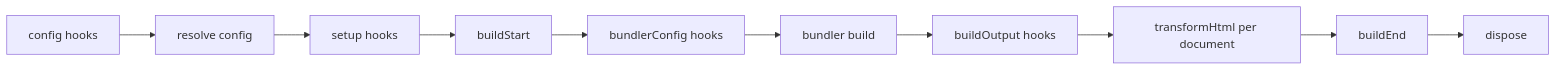
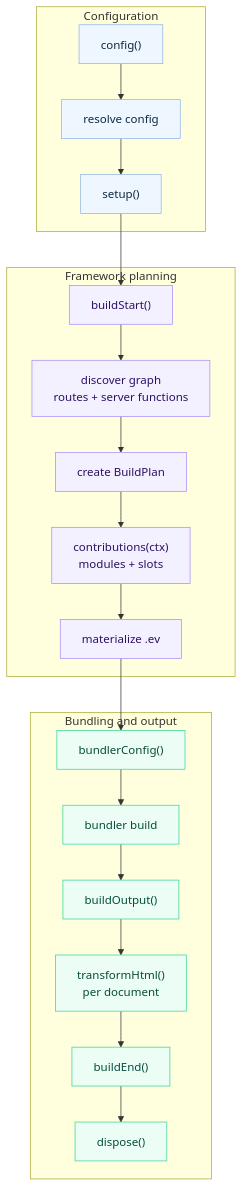
One commit to binhanchen25-arch/evjs changed the diagram in docs/docs/plugins.md. Above: the diagram before and after it, drawn with Mermaid. The commit also changed 9 other files, not shown here.

Commit message:
docs(ev): improve architecture diagrams

````diff
--- a/docs/docs/plugins.md
+++ b/docs/docs/plugins.md
@@ -118,12 +118,36 @@
 ```mermaid
-flowchart LR
-  A["config hooks"] --> B["resolve config"]
-  B --> C["setup hooks"]
-  C --> E["buildStart"]
-  E --> J["bundlerConfig hooks"]
-  J --> K["bundler build"]
-  K --> M["buildOutput hooks"]
-  M --> N["transformHtml per document"]
-  N --> O["buildEnd"]
-  O --> P["dispose"]
+flowchart TB
+  subgraph Configure["Configuration"]
+    Config["config()"]
+    Resolve["resolve config"]
+    Setup["setup()"]
+  end
+
+  subgraph Plan["Framework planning"]
+    BuildStart["buildStart()"]
+    Graph["discover graph\nroutes + server functions"]
+    BuildPlan["create BuildPlan"]
+    Contributions["contributions(ctx)\nmodules + slots"]
+    IR["materialize .ev"]
+  end
+
+  subgraph Build["Bundling and output"]
+    BundlerConfig["bundlerConfig()"]
+    Bundler["bundler build"]
+    BuildOutput["buildOutput()"]
+    HTML["transformHtml()\nper document"]
+    BuildEnd["buildEnd()"]
+    Dispose["dispose()"]
+  end
+
+  Config --> Resolve --> Setup --> BuildStart --> Graph --> BuildPlan
+  BuildPlan --> Contributions --> IR --> BundlerConfig --> Bundler
+  Bundler --> BuildOutput --> HTML --> BuildEnd --> Dispose
+
+  classDef config fill:#eef6ff,stroke:#8fb5e8,color:#102a43;
+  classDef plan fill:#f3f0ff,stroke:#a78bfa,color:#2e1065;
+  classDef build fill:#ecfdf5,stroke:#34d399,color:#064e3b;
+  class Config,Resolve,Setup config;
+  class BuildStart,Graph,BuildPlan,Contributions,IR plan;
+  class BundlerConfig,Bundler,BuildOutput,HTML,BuildEnd,Dispose build;
 ```
````
